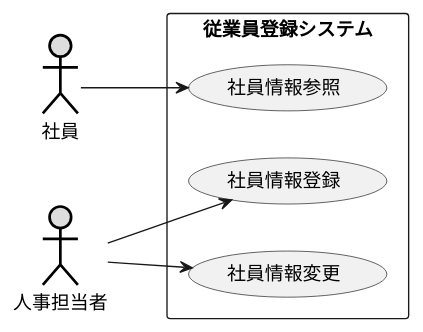
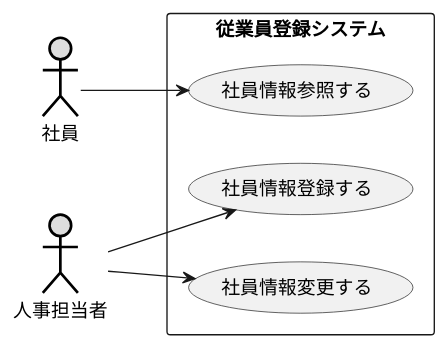
The diagram in 演習2-6_盛岡システム_従業員登録システム.pu (orenouserNamehaKawamura1/uml-introduction), drawn with PlantUML before and after one commit. The commit also changed 2 other files, not shown here.

```diff
--- a/演習2-6_盛岡システム_従業員登録システム.pu
+++ b/演習2-6_盛岡システム_従業員登録システム.pu
@@ -1,13 +1,13 @@
 @startuml 演習2-6
     left to right direction
     actor 社員 #DDDDDD;line:black;line.bold;
     actor 人事担当者 #DDDDDD;line:black;line.bold;
     rectangle 従業員登録システム{
-        usecase 社員情報登録 as register
-        usecase 社員情報参照 as reference
-        usecase 社員情報変更 as change
+        usecase 社員情報登録する as register
+        usecase 社員情報参照する as reference
+        usecase 社員情報変更する as change
     }
     社員 --> reference
     人事担当者 --> register
     人事担当者 --> change
 @enduml
```
